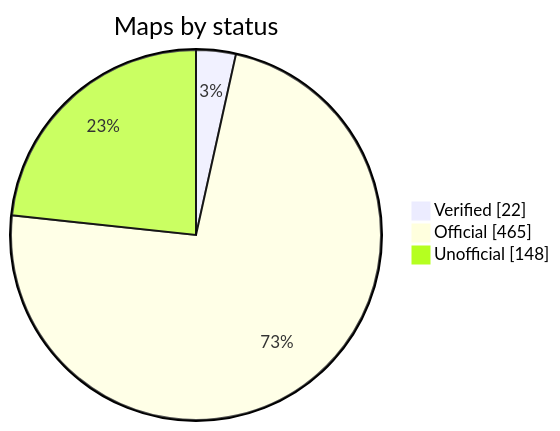
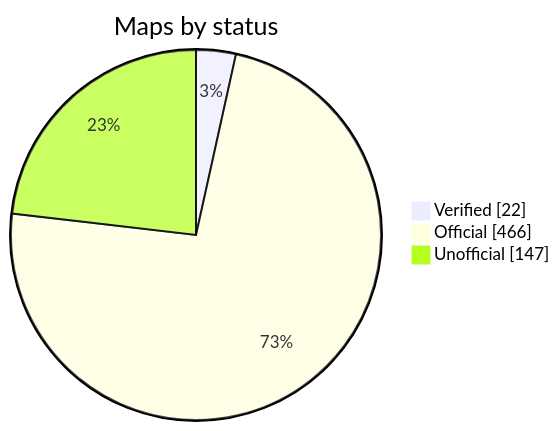
Before and after one commit to nobrega8/mbmap-library: the diagram in README.md, drawn with Mermaid. The commit also changed 6 other files, not shown here.

````diff
--- a/README.md
+++ b/README.md
@@ -52,7 +52,7 @@
 ```mermaid
 pie showData
     title Maps by status
     "Verified" : 22
-    "Official" : 465
-    "Unofficial" : 148
+    "Official" : 466
+    "Unofficial" : 147
 ```
````
